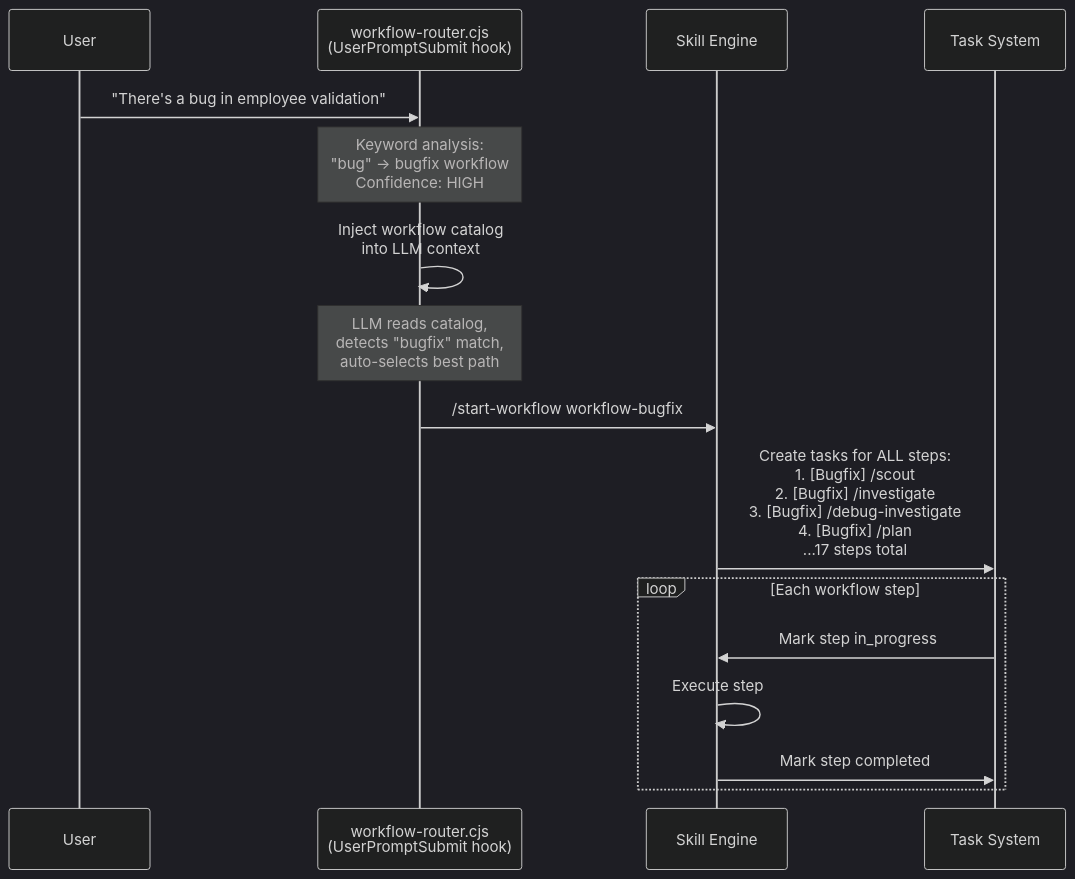
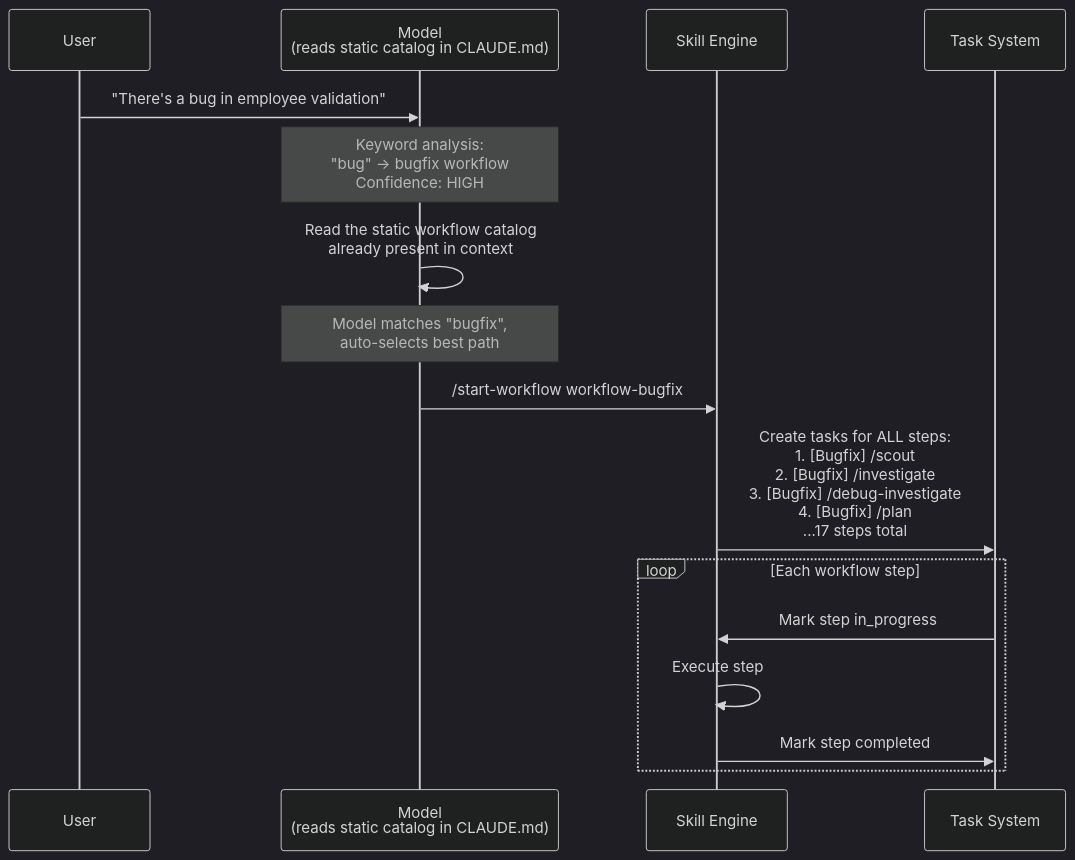
One commit to duc01226/easy-claude changed the seventh of 20 diagrams in .claude/docs/claude-ai-agent-framework-guide.md. Above: the diagram before and after it, drawn with Mermaid (dark theme). The commit also changed other lines of this file and 327 other files, not shown here.

````diff
--- a/.claude/docs/claude-ai-agent-framework-guide.md
+++ b/.claude/docs/claude-ai-agent-framework-guide.md
@@ -830,25 +825,25 @@
 ```mermaid
 sequenceDiagram
     participant User
-    participant Router as workflow-router.cjs<br/>(UserPromptSubmit hook)
+    participant Model as Model<br/>(reads static catalog in CLAUDE.md)
     participant Skill as Skill Engine
     participant Todo as Task System
 
-    User->>Router: "There's a bug in employee validation"
+    User->>Model: "There's a bug in employee validation"
 
-    Note over Router: Keyword analysis:<br/>"bug" → bugfix workflow<br/>Confidence: HIGH
+    Note over Model: Keyword analysis:<br/>"bug" → bugfix workflow<br/>Confidence: HIGH
 
-    Router->>Router: Inject workflow catalog<br/>into LLM context
+    Model->>Model: Read the static workflow catalog<br/>already present in context
 
-    Note over Router: LLM reads catalog,<br/>detects "bugfix" match,<br/>auto-selects best path
+    Note over Model: Model matches "bugfix",<br/>auto-selects best path
 
-    Router->>Skill: /start-workflow workflow-bugfix
+    Model->>Skill: /start-workflow workflow-bugfix
 
     Skill->>Todo: Create tasks for ALL steps:<br/>1. [Bugfix] /scout<br/>2. [Bugfix] /investigate<br/>3. [Bugfix] /debug-investigate<br/>4. [Bugfix] /plan<br/>...17 steps total
 
     loop Each workflow step
         Todo->>Skill: Mark step in_progress
         Skill->>Skill: Execute step
         Skill->>Todo: Mark step completed
     end
 ```
````
